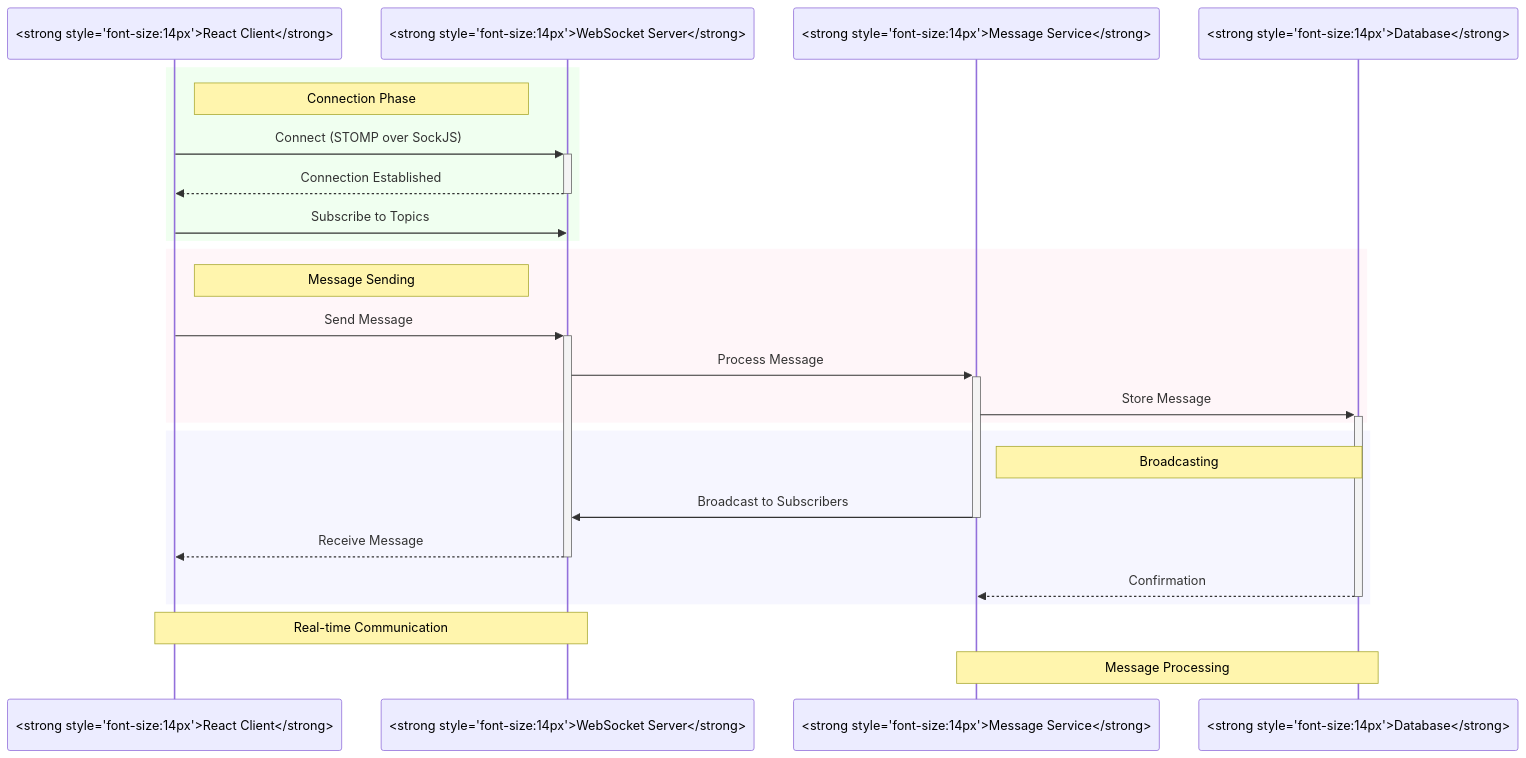
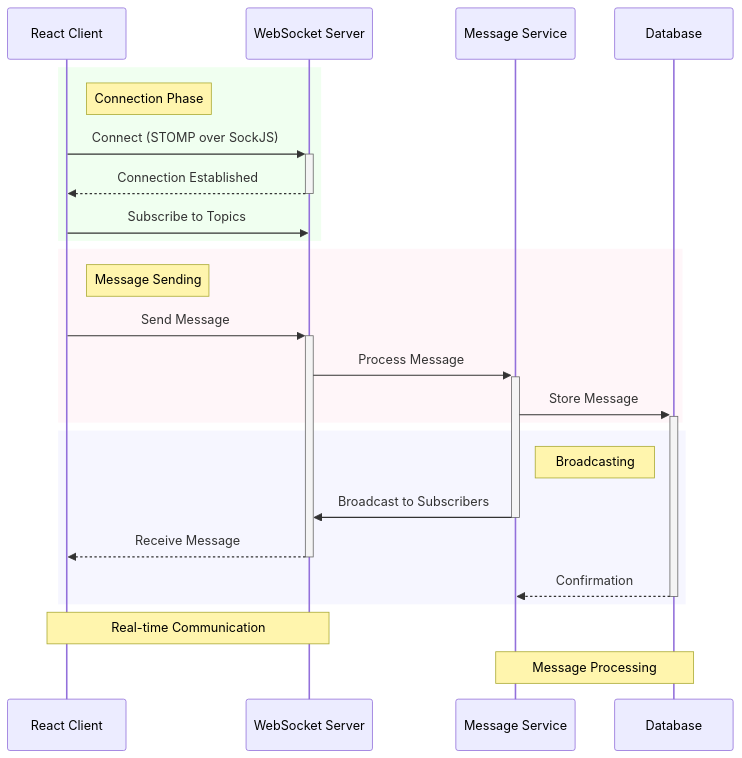
Before and after one commit to TuPhung369/Haaga_Backend_Programming: the second of 4 diagrams in TuPhung_Docs/docs/architecture.md, drawn with Mermaid. The commit also changed other lines of this file and 29 other files, not shown here.

````diff
--- a/TuPhung_Docs/docs/architecture.md
+++ b/TuPhung_Docs/docs/architecture.md
@@ -81,36 +82,36 @@
 ```mermaid
 sequenceDiagram
     %% Styling
-    participant Client as <strong style="font-size:14px">React Client</strong>
-    participant WS as <strong style="font-size:14px">WebSocket Server</strong>
-    participant Service as <strong style="font-size:14px">Message Service</strong>
-    participant DB as <strong style="font-size:14px">Database</strong>
+    participant Client as React Client
+    participant WS as WebSocket Server
+    participant Service as Message Service
+    participant DB as Database
 
     %% Connection setup
     rect rgb(230, 255, 230, 0.6)
         note right of Client: Connection Phase
         Client->>+WS: Connect (STOMP over SockJS)
         WS-->>-Client: Connection Established
         Client->>WS: Subscribe to Topics
     end
 
     %% Message sending
     rect rgb(255, 240, 245, 0.6)
         note right of Client: Message Sending
         Client->>+WS: Send Message
         WS->>+Service: Process Message
         Service->>+DB: Store Message
     end
 
     %% Broadcasting
     rect rgb(240, 240, 255, 0.6)
         note right of Service: Broadcasting
         Service->>-WS: Broadcast to Subscribers
         WS-->>-Client: Receive Message
         DB-->>-Service: Confirmation
     end
 
     %% Notes
     note over Client,WS: Real-time Communication
     note over Service,DB: Message Processing
 ```
````
